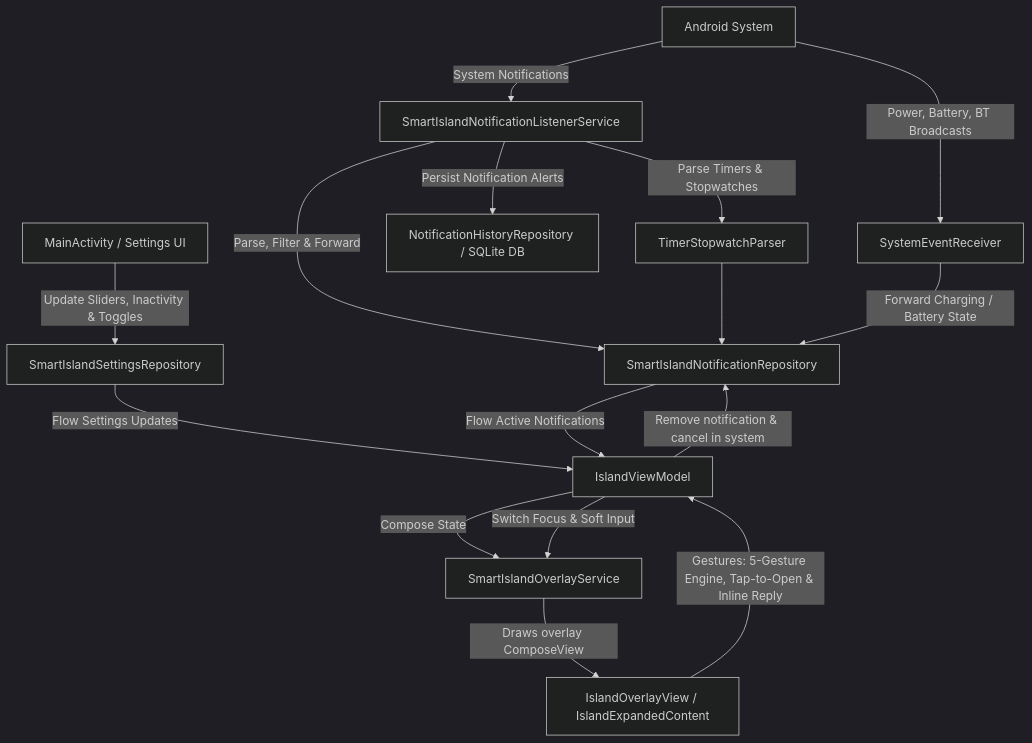
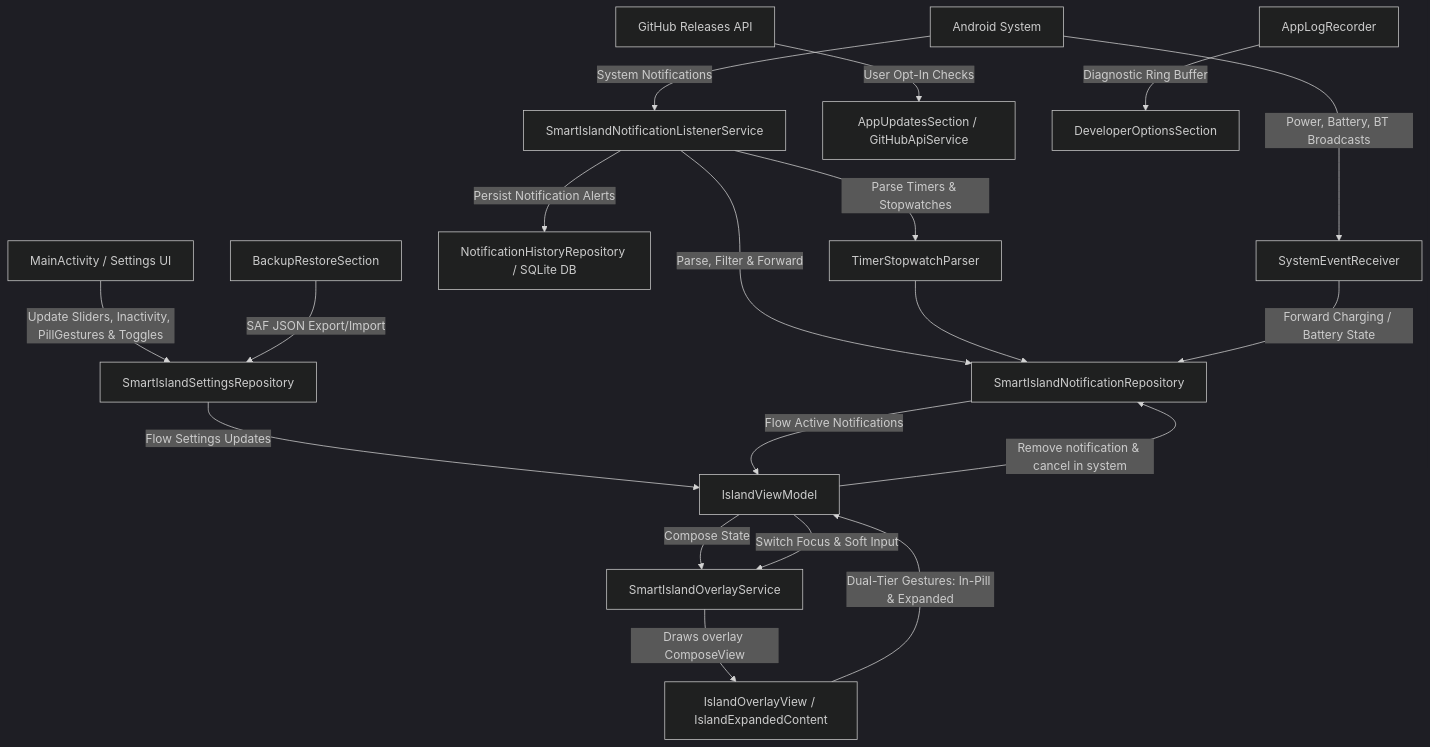
The diagram in codebase_analysis_report.md (XecAts/SmartIsland), drawn with Mermaid (dark theme) before and after one commit. The commit also changed other lines of this file and 39 other files, not shown here.

First line of the commit message:
v7.0.0: pill gestures, updates, and diagnostics

````diff
--- a/codebase_analysis_report.md
+++ b/codebase_analysis_report.md
@@ -13,27 +13,32 @@
 ```mermaid
 graph TD
     %% Events
     AS[Android System] -->|System Notifications| NIL[SmartIslandNotificationListenerService]
     AS -->|Power, Battery, BT Broadcasts| SER[SystemEventReceiver]
 
     %% Repositories and Data State
     NIL -->|Parse, Filter & Forward| NR[SmartIslandNotificationRepository]
     NIL -->|Parse Timers & Stopwatches| TSP[TimerStopwatchParser]
     NIL -->|Persist Notification Alerts| NHR[NotificationHistoryRepository / SQLite DB]
     TSP --> NR
     SER -->|Forward Charging / Battery State| NR
     
     %% Settings
-    MA[MainActivity / Settings UI] -->|Update Sliders, Inactivity & Toggles| SR[SmartIslandSettingsRepository]
+    MA[MainActivity / Settings UI] -->|Update Sliders, Inactivity, PillGestures & Toggles| SR[SmartIslandSettingsRepository]
+    GH[GitHub Releases API] -->|User Opt-In Checks| AU[AppUpdatesSection / GitHubApiService]
     
     %% UI State & Rendering
     SR -->|Flow Settings Updates| VM[IslandViewModel]
     NR -->|Flow Active Notifications| VM
     VM -->|Compose State| OS[SmartIslandOverlayService]
     
     %% Overlay UI
     OS -->|Draws overlay ComposeView| OV[IslandOverlayView / IslandExpandedContent]
-    OV -->|Gestures: 5-Gesture Engine, Tap-to-Open & Inline Reply| VM
+    OV -->|Dual-Tier Gestures: In-Pill & Expanded| VM
     VM -->|Switch Focus & Soft Input| OS
     VM -->|Remove notification & cancel in system| NR
+    
+    %% Diagnostics & Backup
+    AL[AppLogRecorder] -->|Diagnostic Ring Buffer| DO[DeveloperOptionsSection]
+    BR[BackupRestoreSection] -->|SAF JSON Export/Import| SR
 ```
````
